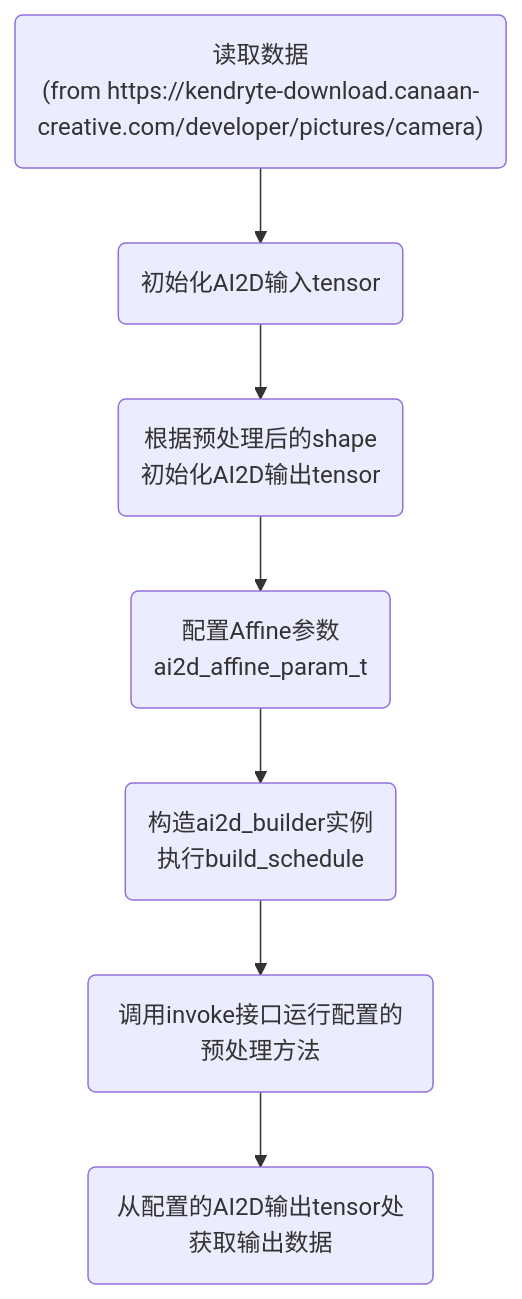
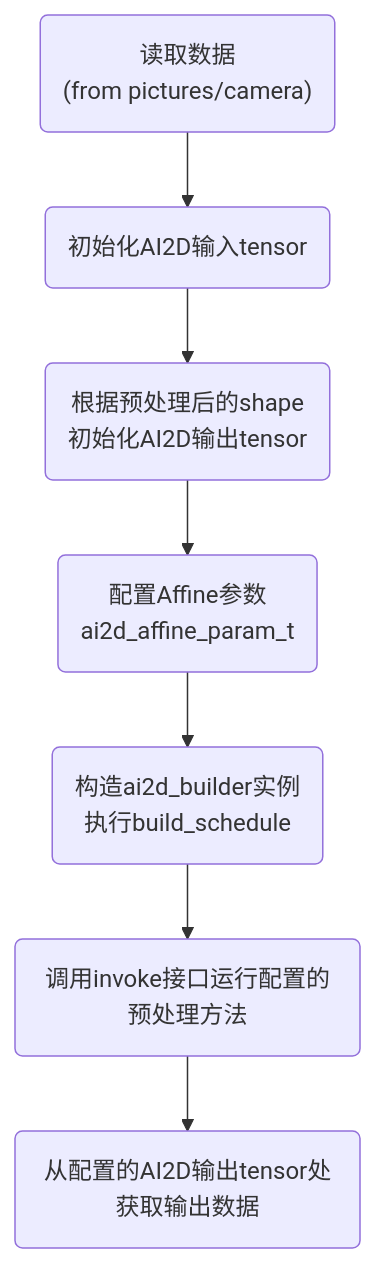
The fourth of 5 diagrams in zh/app_develop_guide/ai/ai2d.md (kendryte/k230_rtos_docs), drawn with Mermaid before and after one commit. The commit also changed other lines of this file, not shown here.

```diff
--- a/zh/app_develop_guide/ai/ai2d.md
+++ b/zh/app_develop_guide/ai/ai2d.md
@@ -312,4 +312,4 @@
 <div class="mermaid">
 graph TD;
-    ReadData("读取数据<br>(from https://kendryte-download.canaan-creative.com/developer/pictures/camera)") -->SetInput("初始化AI2D输入tensor")-->SetOutput("根据预处理后的shape<br>初始化AI2D输出tensor")-->SetParam("配置Affine参数<br>ai2d_affine_param_t")-->InitBuilder("构造ai2d_builder实例<br>执行build_schedule")-->Run("调用invoke接口运行配置的预处理方法")-->GetOutput("从配置的AI2D输出tensor处获取输出数据");
+    ReadData("读取数据<br>(from pictures/camera)") -->SetInput("初始化AI2D输入tensor")-->SetOutput("根据预处理后的shape<br>初始化AI2D输出tensor")-->SetParam("配置Affine参数<br>ai2d_affine_param_t")-->InitBuilder("构造ai2d_builder实例<br>执行build_schedule")-->Run("调用invoke接口运行配置的预处理方法")-->GetOutput("从配置的AI2D输出tensor处获取输出数据");
 </div>
```
